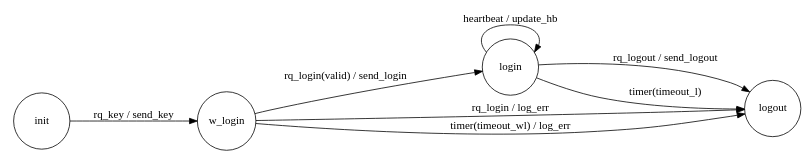
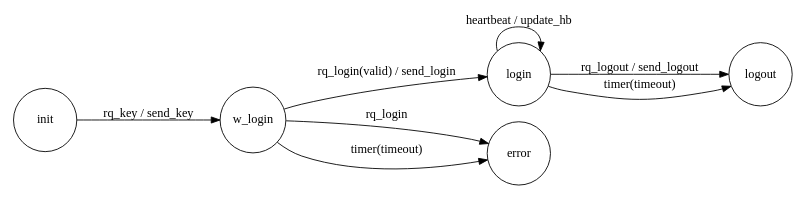
Before and after one commit to jleahred/fsm_gen: the diagram in cpp_test/fsm/login.dot, drawn with Graphviz. The commit also changed 16 other files, not shown here.

```diff
--- a/cpp_test/fsm/login.dot
+++ b/cpp_test/fsm/login.dot
@@ -1,19 +1,20 @@
 
 digraph finite_state_machine {
 	rankdir=LR;
 	size="8,5"
 	node [shape = circle, width=1];
 
 
 
 init -> w_login [label="rq_key / send_key"]
 
 w_login -> login [label="rq_login(valid) / send_login"]
-w_login -> logout [label="rq_login / log_err"]
-w_login -> logout [label="timer(timeout_wl) / log_err"]
+w_login -> error [label="rq_login"]
+w_login -> error [label="timer(timeout)"]
 
 login -> logout [label="rq_logout / send_logout"]
 login -> login [label="heartbeat / update_hb"]
-login -> logout [label="timer(timeout_l)"]
+login -> logout [label="timer(timeout)"]
+
 
 }
```
